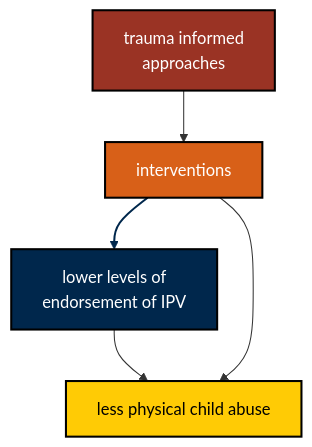
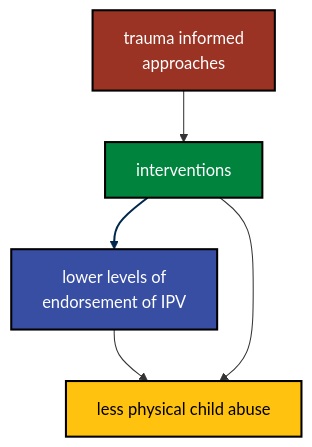
Before and after one commit to agrogan1/closeread: the fourth of 4 diagrams in spillover-of-violence/spillover-of-violence.qmd, drawn with Mermaid. The commit also changed other lines of this file and 1 other file, not shown here.

````diff
--- a/spillover-of-violence/spillover-of-violence.qmd
+++ b/spillover-of-violence/spillover-of-violence.qmd
@@ -285,23 +297,26 @@
 ```{mermaid}
 flowchart TB
   %% Nodes %%
-  classDef maize fill:#FFCB05,stroke:#000000,stroke-width:2px,color:#000000;
+
+  classDef yellow fill:#FFC20E,stroke:#000000,stroke-width:2px,color:#000000;
   
-  classDef blue fill:#00274C,stroke:#000000,stroke-width:2px,color:#FFFFFF;
+  classDef blue fill:#374EA2,stroke:#000000,stroke-width:2px,color:#FFFFFF;
+  
+  classDef green fill:#00833D,stroke:#000000,stroke-width:2px,color:#FFFFFF;
   
   classDef orange fill:#D86018,stroke:#000000,stroke-width:2px,color:#FFFFFF;
   
   classDef red fill:#9A3324,stroke:#000000,stroke-width:2px,color:#FFFFFF;
 
-  interventions:::orange --> IPV[lower levels of \nendorsement of IPV]:::blue
+  interventions:::green --> IPV[lower levels of \nendorsement of IPV]:::blue
   
-  IPV --> pabuse[less physical child abuse]:::maize
+  IPV --> pabuse[less physical child abuse]:::yellow
   
   interventions --> pabuse
   
   trauma[trauma informed \napproaches]:::red --> interventions
   
   %% Links %%
-  linkStyle 0 stroke:#00274C,stroke-width:2px,color:red;
+  linkStyle 0 stroke:#00274C,stroke-width:2px,color:E2231A;
 
 ```
````
